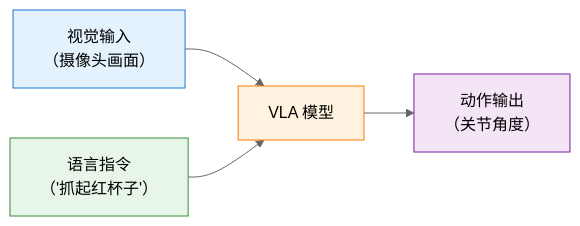
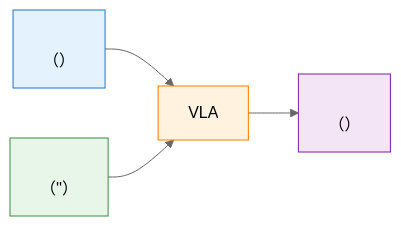
The second of 2 diagrams in docs/chapter12_future_trends/embodied-intelligence/index.md (letslego/hands-on-modern-rl), drawn with Mermaid (neutral theme) before and after one commit. The commit also changed other lines of this file and 267 other files, not shown here.

````diff
--- a/docs/chapter12_future_trends/embodied-intelligence/index.md
+++ b/docs/chapter12_future_trends/embodied-intelligence/index.md
@@ -380,11 +380,11 @@
 ```mermaid
 flowchart LR
-    V["视觉输入\n（摄像头画面）"] --> M["VLA 模型"]
-    L["语言指令\n（'抓起红杯子'）"] --> M
-    M --> A["动作输出\n（关节角度）"]
+    V["\n（）"] --> M["VLA "]
+    L["\n（''）"] --> M
+    M --> A["\n（）"]
 
     style V fill:#e3f2fd,stroke:#1976d2,color:#000
     style L fill:#e8f5e9,stroke:#388e3c,color:#000
     style M fill:#fff3e0,stroke:#f57c00,color:#000
     style A fill:#f3e5f5,stroke:#7b1fa2,color:#000
 ```
````
